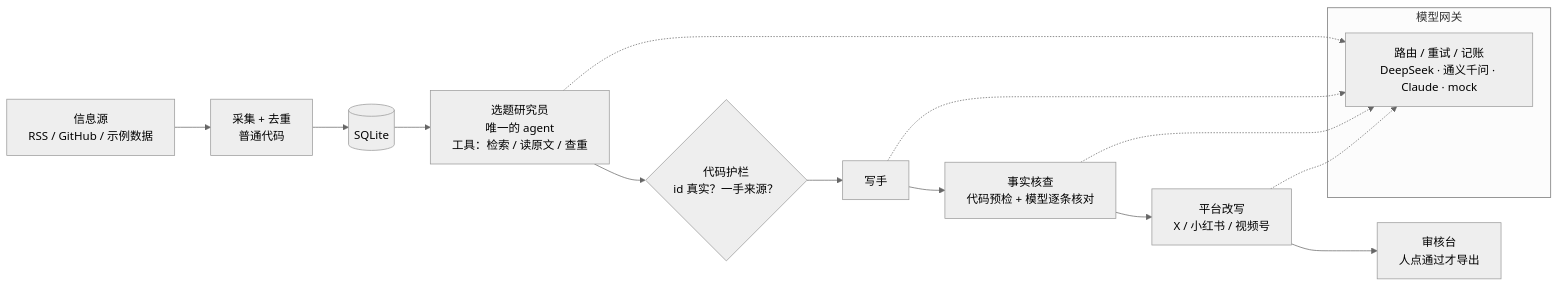
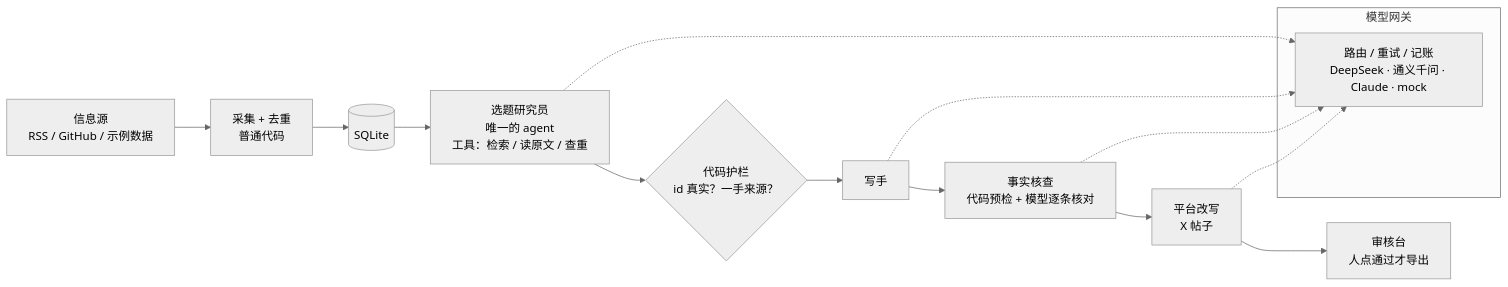
The diagram in README.md (shiyunche44-collab/ai-news-desk), drawn with Mermaid (neutral theme) before and after one commit. The commit also changed other lines of this file and 9 other files, not shown here.

````diff
--- a/README.md
+++ b/README.md
@@ -23,16 +23,16 @@
 ```mermaid
 flowchart LR
   S[信息源<br/>RSS / GitHub / 示例数据] --> C[采集 + 去重<br/>普通代码]
   C --> DB[(SQLite)]
   DB --> R[选题研究员<br/>唯一的 agent<br/>工具：检索 / 读原文 / 查重]
   R --> G{代码护栏<br/>id 真实？一手来源？}
-  G --> W[写手] --> F[事实核查<br/>代码预检 + 模型逐条核对] --> A[平台改写<br/>X / 小红书 / 视频号]
+  G --> W[写手] --> F[事实核查<br/>代码预检 + 模型逐条核对] --> A[平台改写<br/>X 帖子]
   A --> V[审核台<br/>人点通过才导出]
   subgraph 模型网关
     M[路由 / 重试 / 记账<br/>DeepSeek · 通义千问 · Claude · mock]
   end
   R -.-> M
   W -.-> M
   F -.-> M
   A -.-> M
 ```
````
